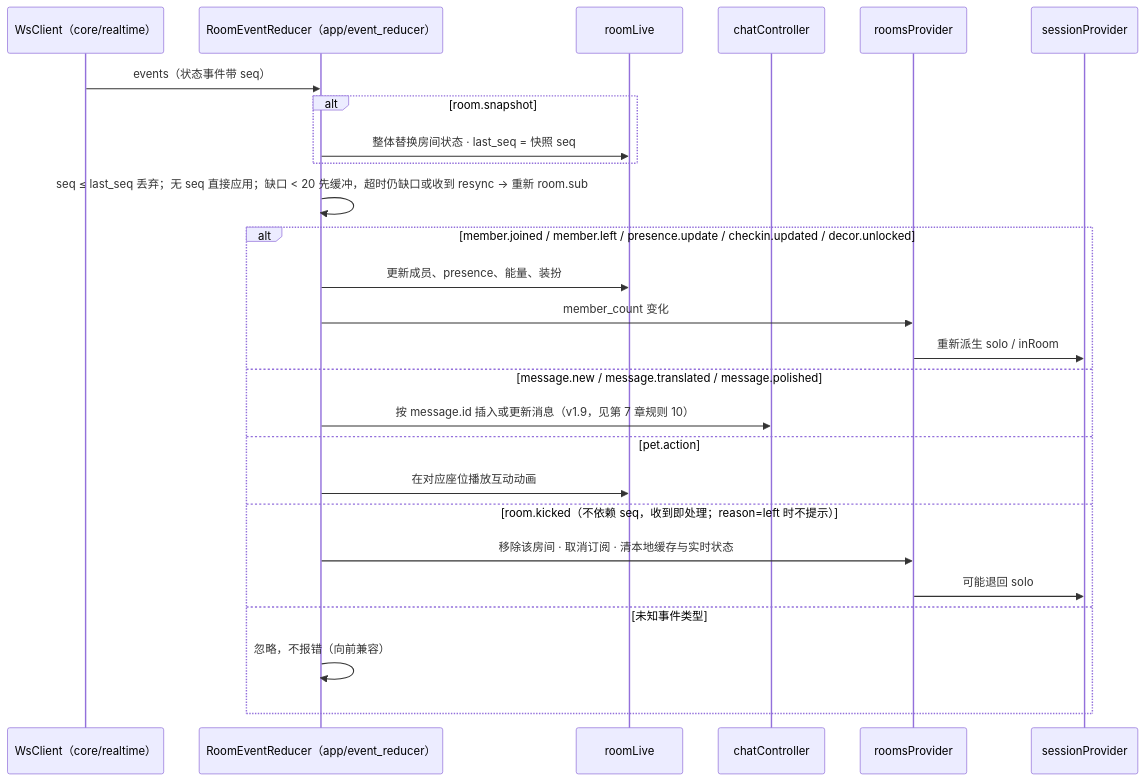
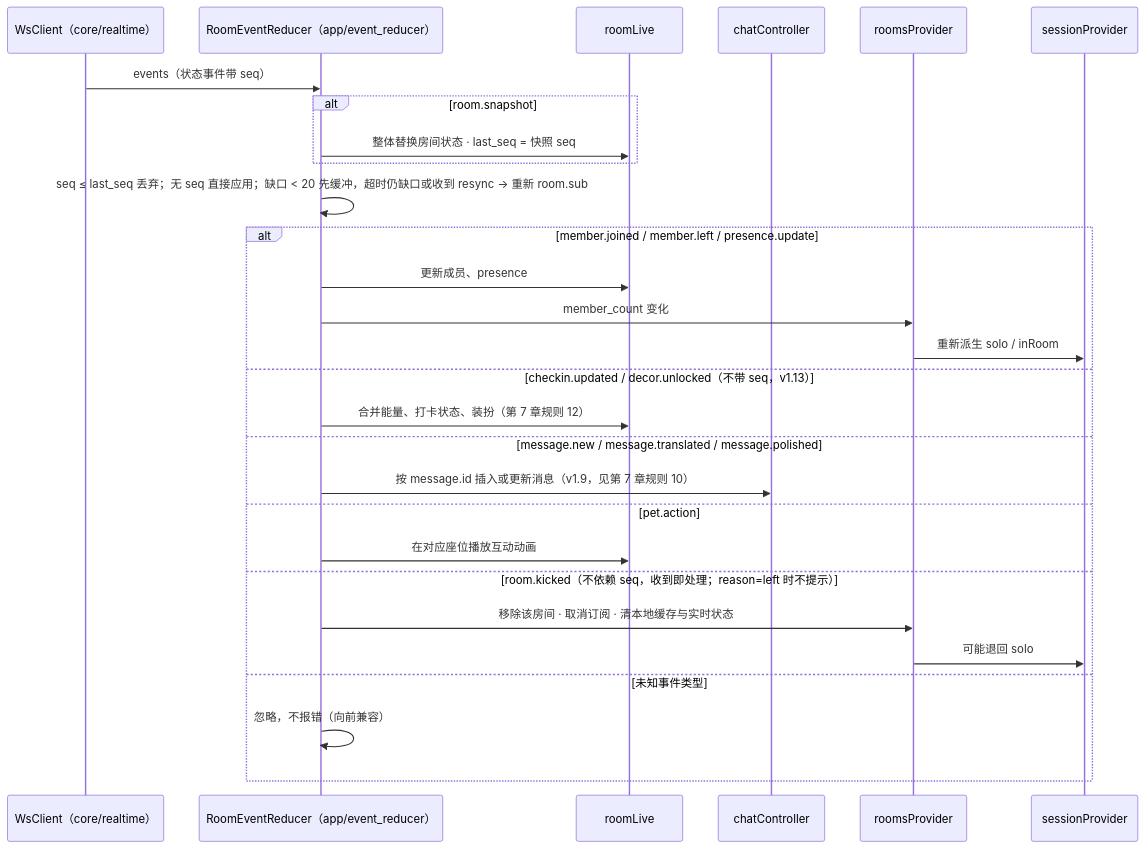
One commit to jinheng0301/PetBridge_frontend changed the fifth of 6 diagrams in 前端技术设计文档（TRD）：PetBridge（Flutter）.md. Above: the diagram before and after it, drawn with Mermaid. The commit also changed other lines of this file and 5 other files, not shown here.

````diff
--- a/前端技术设计文档（TRD）：PetBridge（Flutter）.md
+++ b/前端技术设计文档（TRD）：PetBridge（Flutter）.md
@@ -261,29 +261,31 @@
 ```mermaid
 sequenceDiagram
     participant WS as WsClient（core/realtime）
     participant Red as RoomEventReducer（app/event_reducer）
     participant RoomC as roomLive
     participant ChatC as chatController
     participant Rooms as roomsProvider
     participant Sess as sessionProvider
 
     WS->>Red: events（状态事件带 seq）
     alt room.snapshot
         Red->>RoomC: 整体替换房间状态 · last_seq = 快照 seq
     end
     Red->>Red: seq ≤ last_seq 丢弃；无 seq 直接应用；缺口 < 20 先缓冲，超时仍缺口或收到 resync → 重新 room.sub
-    alt member.joined / member.left / presence.update / checkin.updated / decor.unlocked
-        Red->>RoomC: 更新成员、presence、能量、装扮
+    alt member.joined / member.left / presence.update
+        Red->>RoomC: 更新成员、presence
         Red->>Rooms: member_count 变化
         Rooms->>Sess: 重新派生 solo / inRoom
+    else checkin.updated / decor.unlocked（不带 seq，v1.13）
+        Red->>RoomC: 合并能量、打卡状态、装扮（第 7 章规则 12）
     else message.new / message.translated / message.polished
         Red->>ChatC: 按 message.id 插入或更新消息（v1.9，见第 7 章规则 10）
     else pet.action
         Red->>RoomC: 在对应座位播放互动动画
     else room.kicked（不依赖 seq，收到即处理；reason=left 时不提示）
         Red->>Rooms: 移除该房间 · 取消订阅 · 清本地缓存与实时状态
         Rooms->>Sess: 可能退回 solo
     else 未知事件类型
         Red->>Red: 忽略，不报错（向前兼容）
     end
 ```
````
